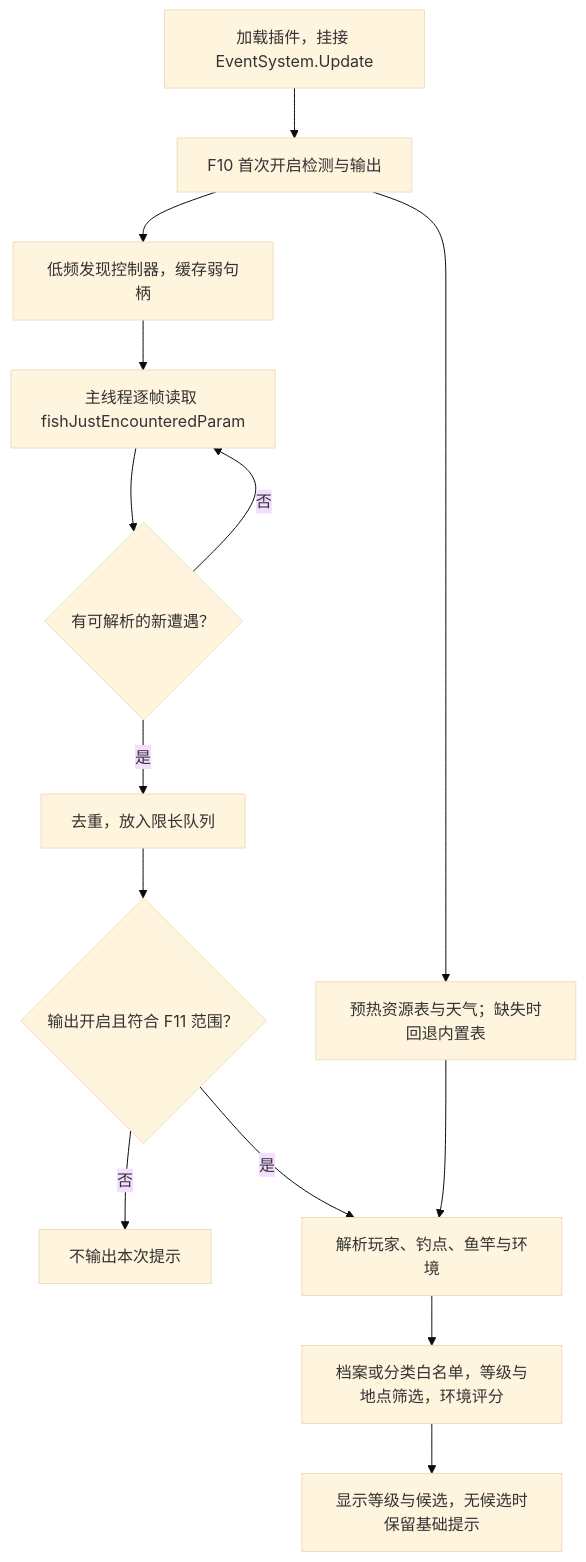
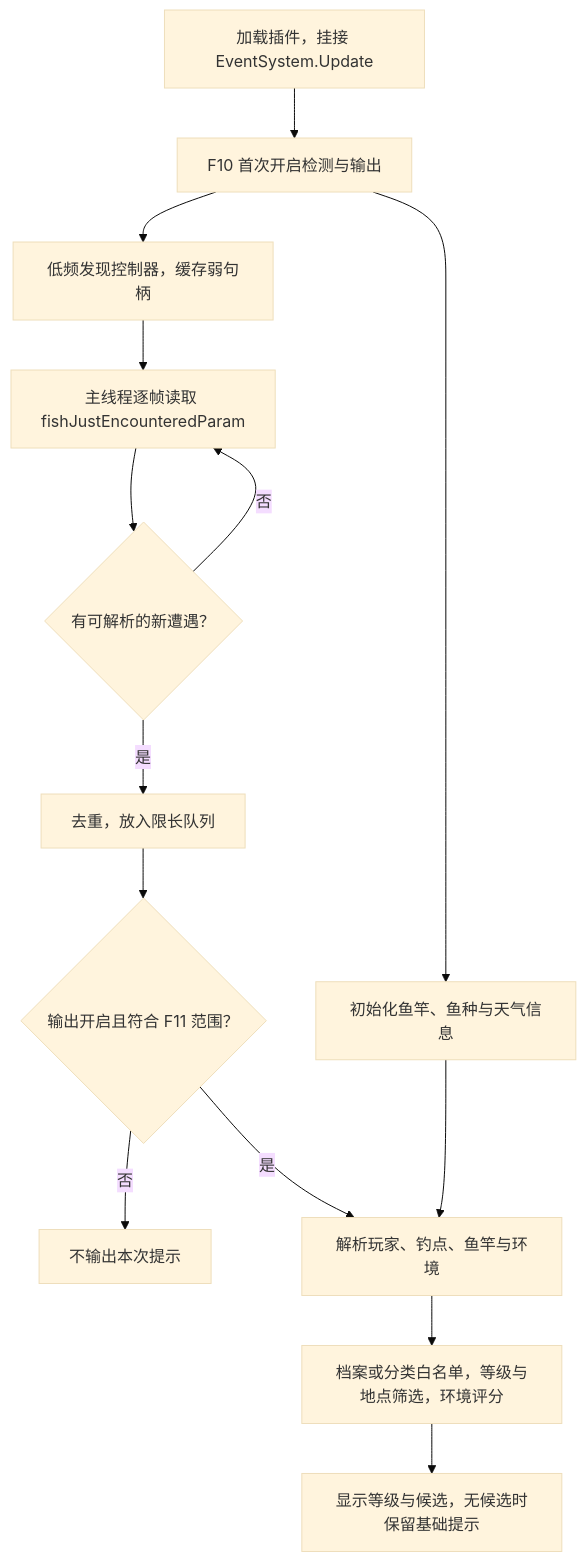
One commit to Ushiroyu/PA-Fish-Peek changed the diagram in docs/fishpeek-callflow.mmd. Above: the diagram before and after it, drawn with Mermaid (base theme). The commit also changed 6 other files, not shown here.

```diff
--- a/docs/fishpeek-callflow.mmd
+++ b/docs/fishpeek-callflow.mmd
@@ -1,14 +1,14 @@
 flowchart TD
     load["加载插件，挂接 EventSystem.Update"] --> toggle["F10 首次开启检测与输出"]
-    toggle --> tables["预热资源表与天气；缺失时回退内置表"]
+    toggle --> tables["初始化鱼竿、鱼种与天气信息"]
     toggle --> discover["低频发现控制器，缓存弱句柄"]
     discover --> poll["主线程逐帧读取 fishJustEncounteredParam"]
     poll --> valid{"有可解析的新遭遇？"}
     valid -- 否 --> poll
     valid -- 是 --> queue["去重，放入限长队列"]
     queue --> scope{"输出开启且符合 F11 范围？"}
     scope -- 否 --> skip["不输出本次提示"]
     scope -- 是 --> context["解析玩家、钓点、鱼竿与环境"]
     tables --> context
     context --> candidates["档案或分类白名单，等级与地点筛选，环境评分"]
     candidates --> display["显示等级与候选，无候选时保留基础提示"]
```
